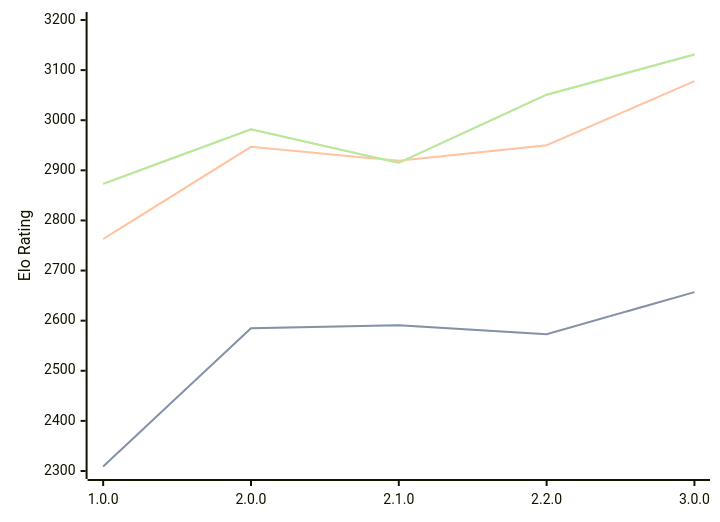
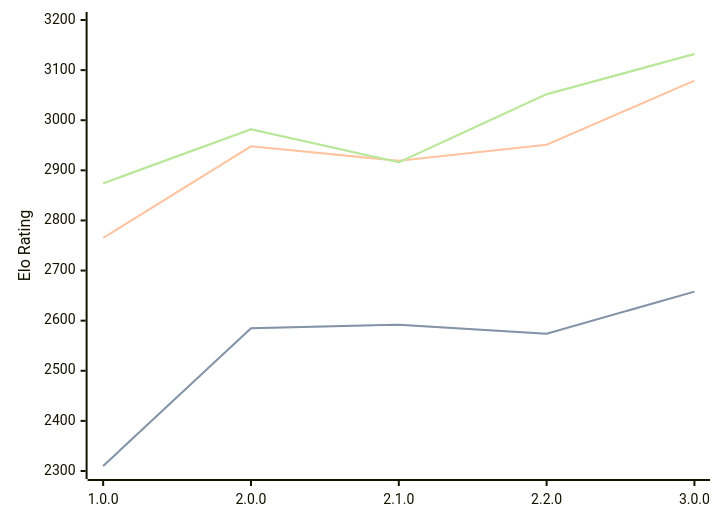
One commit to computer-chess-index/cci changed the diagram in engines/Catalyst.md. Above: the diagram before and after it, drawn with Mermaid. The commit also changed other lines of this file, not shown here.

Commit message:
Update CCI Ratings (ELO VLTC) - 2026-08-26

````diff
--- a/engines/Catalyst.md
+++ b/engines/Catalyst.md
@@ -36,11 +36,11 @@
 ```mermaid
 %%{init: {"theme":"base","themeVariables":{"seriesColors:['#a3a3a3','#222221','#faa371']}}}%%
 xychart-beta
   x-axis ["1.0.0", "2.0.0", "2.1.0", "2.2.0", "3.0.0"]
   y-axis "Elo Rating" 2300 --> 3200
-  line "STC (8.0+0.08s)" [2309, 2585, 2591, 2573, 2657]
-  line "STC (8.0+0.08s)" [2309, 2585, 2591, 2573, 2657]
-  line "LTC (60.0+0.60s)" [2763, 2947, 2919, 2950, 3078]
-  line "VLTC (2m24s+1.12s)" [2873, 2982, 2915, 3051, 3131]
-  line "VLTC (2m24s+1.12s)" [2873, 2982, 2915, 3051, 3131]
+  line "STC (8.0+0.08s)" [2310, 2585, 2592, 2574, 2658]
+  line "STC (8.0+0.08s)" [2310, 2585, 2592, 2574, 2658]
+  line "LTC (60.0+0.60s)" [2765, 2948, 2919, 2951, 3079]
+  line "VLTC (2m24s+1.12s)" [2874, 2982, 2916, 3052, 3132]
+  line "VLTC (2m24s+1.12s)" [2874, 2982, 2916, 3052, 3132]
 ```
````
